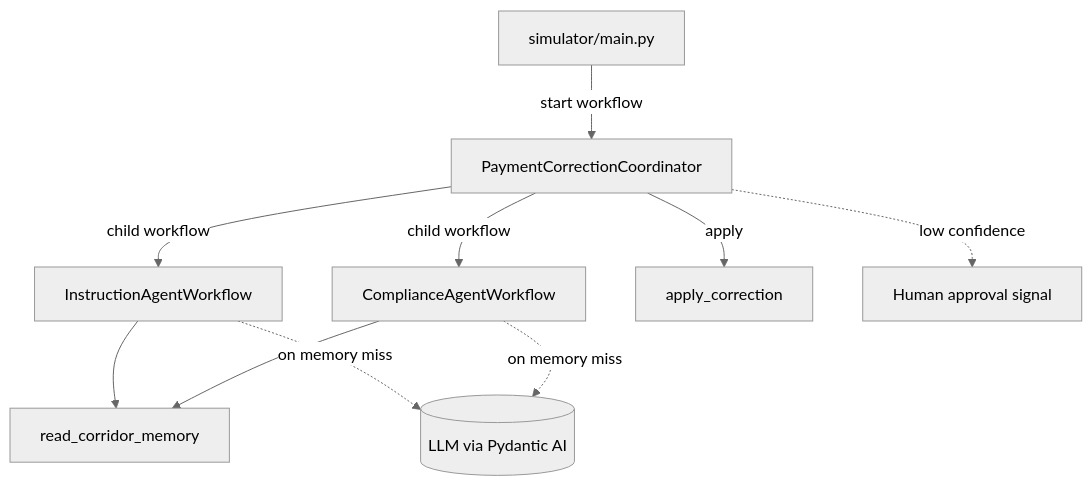
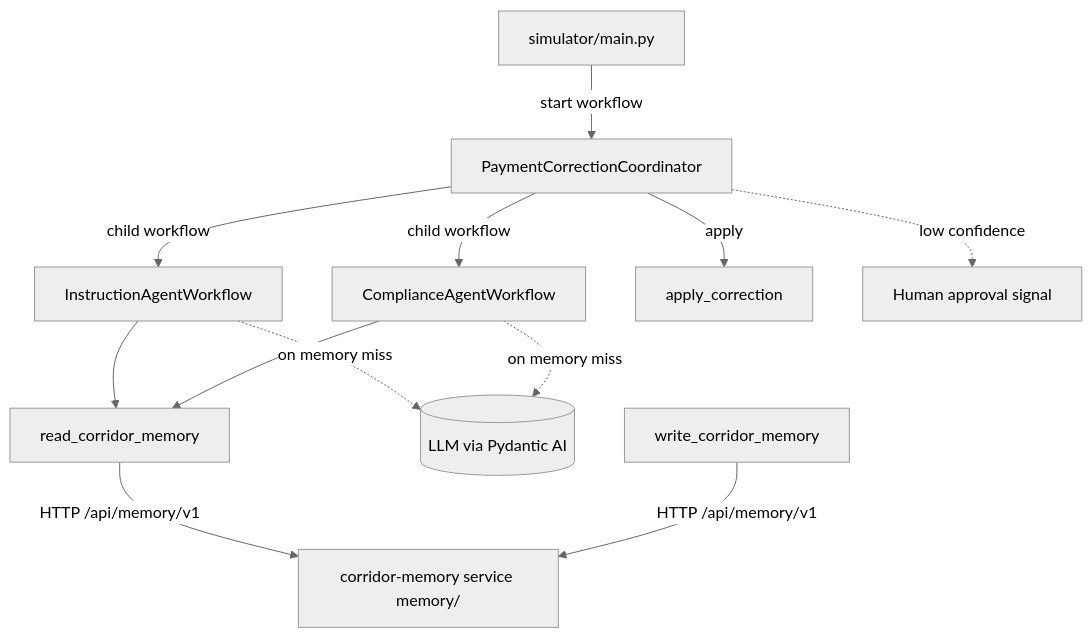
Before and after one commit to alexandreroman/temporal-payment-corridor-workshop: the diagram in README.md, drawn with Mermaid (neutral theme). The commit also changed other lines of this file and 43 other files, not shown here.

First line of the commit message:
Isolate corridor memory into a dedicated HTTP service

````diff
--- a/README.md
+++ b/README.md
@@ -233,12 +253,14 @@
 ```mermaid
 graph TD
     S[simulator/main.py] -->|start workflow| C[PaymentCorrectionCoordinator]
     C -->|child workflow| I[InstructionAgentWorkflow]
     C -->|child workflow| K[ComplianceAgentWorkflow]
     I --> M[read_corridor_memory]
     K --> M
     I -.->|on memory miss| L[(LLM via Pydantic AI)]
     K -.->|on memory miss| L
     C -->|apply| A[apply_correction]
     C -.->|low confidence| H[Human approval signal]
+    M -->|HTTP /api/memory/v1| MEM[corridor-memory service memory/]
+    W[write_corridor_memory] -->|HTTP /api/memory/v1| MEM
 ```
````
